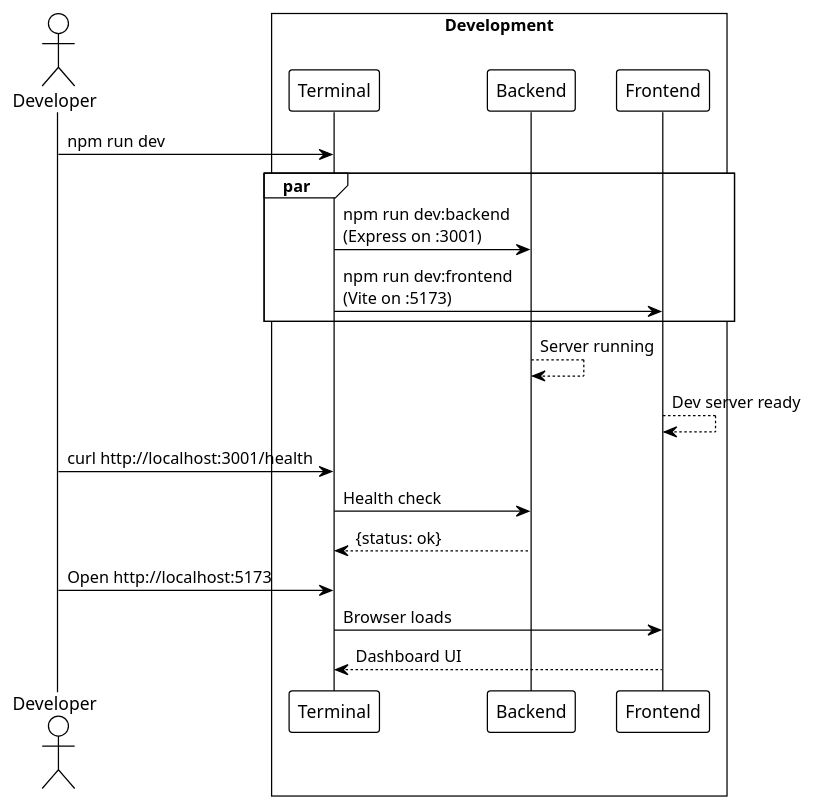
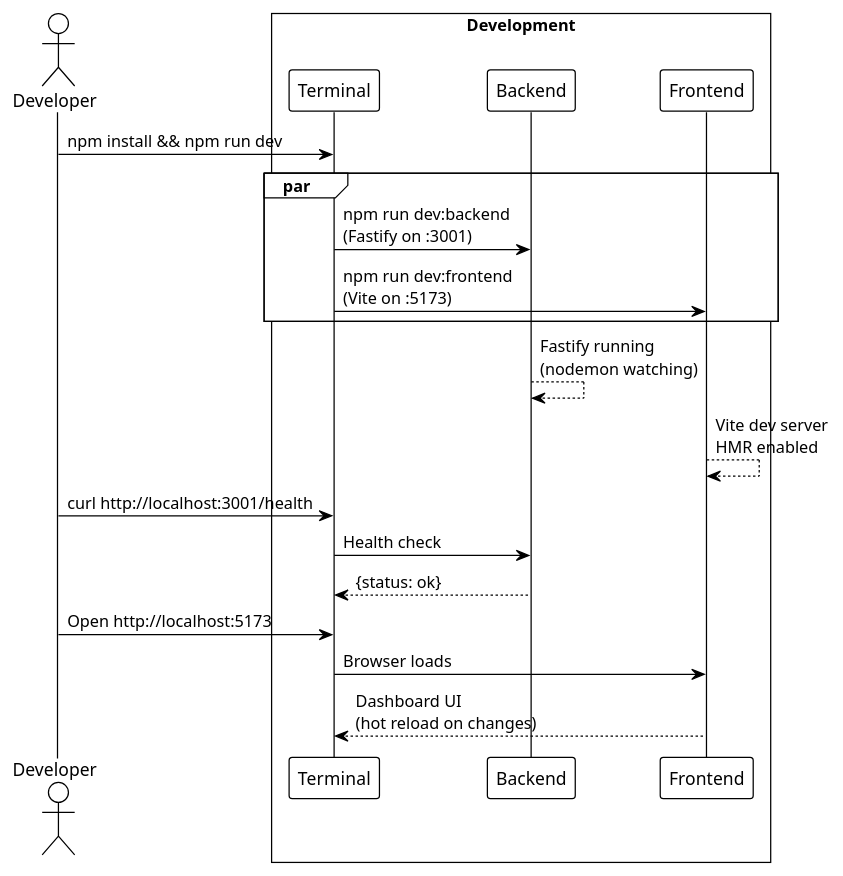
The first of 3 diagrams in docs/common-tasks.md (EraPartner/Watchman), drawn with PlantUML before and after one commit. The commit also changed other lines of this file and 15 other files, not shown here.

First line of the commit message:
feat: mirror Vision's startup flows in npm form

````diff
--- a/docs/common-tasks.md
+++ b/docs/common-tasks.md
@@ -103,31 +163,31 @@
 ```plantuml
 @startuml
 !theme plain
 
 actor "Developer" as Dev
 
 box "Development"
     participant "Terminal" as Term
     participant "Backend" as BE
     participant "Frontend" as FE
 end box
 
-Dev -> Term : npm run dev
+Dev -> Term : npm install && npm run dev
 
 par
-    Term -> BE : npm run dev:backend\n(Express on :3001)
+    Term -> BE : npm run dev:backend\n(Fastify on :3001)
     Term -> FE : npm run dev:frontend\n(Vite on :5173)
 end
 
-BE --> BE : Server running
-FE --> FE : Dev server ready
+BE --> BE : Fastify running\n(nodemon watching)
+FE --> FE : Vite dev server\nHMR enabled
 
 Dev -> Term : curl http://localhost:3001/health
 Term -> BE : Health check
 BE --> Term : {status: ok}
 
 Dev -> Term : Open http://localhost:5173
 Term -> FE : Browser loads
-FE --> Term : Dashboard UI
+FE --> Term : Dashboard UI\n(hot reload on changes)
 @enduml
 ```
````
